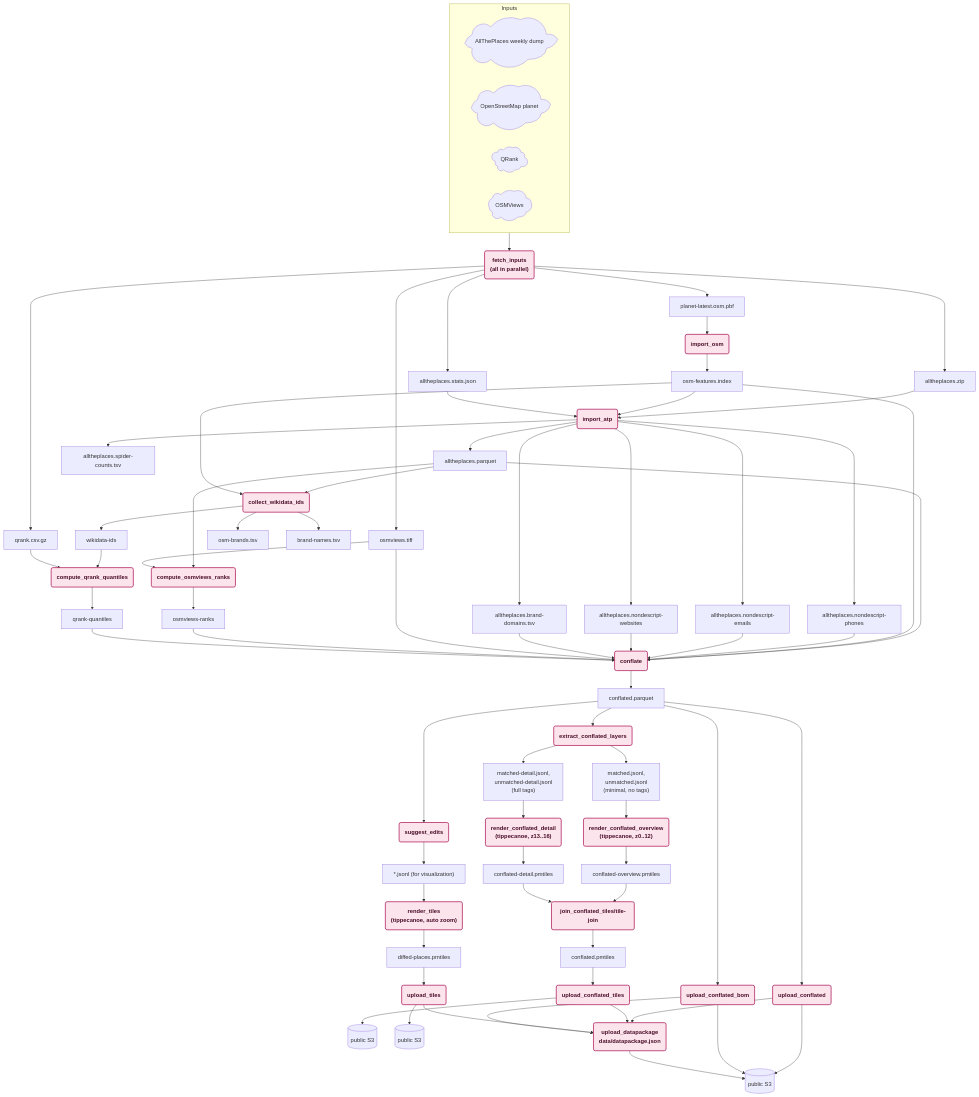
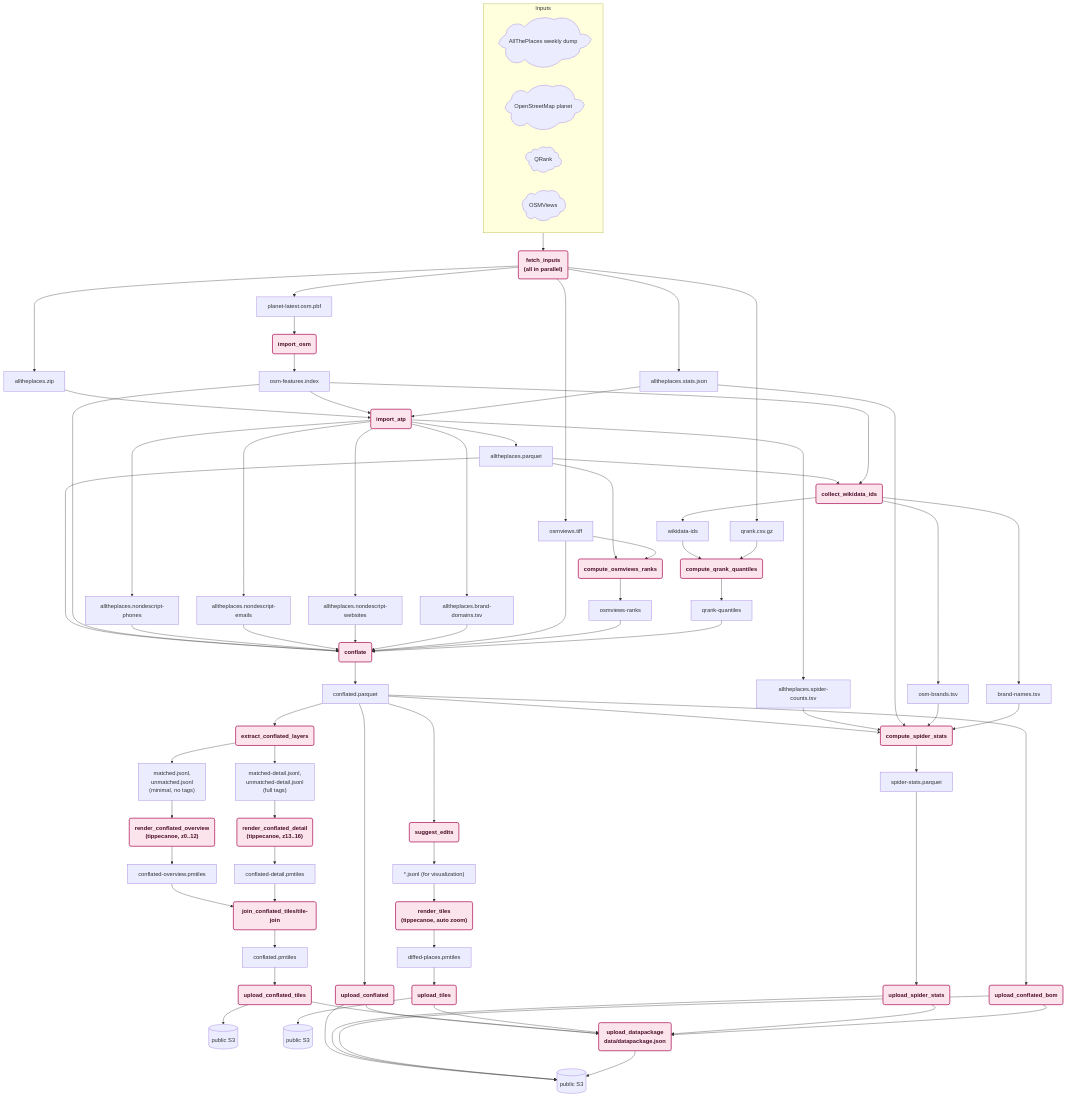
The diagram in docs/TECHNICAL_DESIGN.md (brawer/osmdiffs), drawn with Mermaid before and after one commit. The commit also changed other lines of this file and 12 other files, not shown here.

First line of the commit message:
feat(pipeline): write and publish spider-stats.parquet (#936)

````diff
--- a/docs/TECHNICAL_DESIGN.md
+++ b/docs/TECHNICAL_DESIGN.md
@@ -239,6 +239,14 @@
     JOIN_CONFLATED_TILES --> CONFLATED_PMTILES[conflated.pmtiles]
     CONFLATED_PMTILES --> UPLOAD_CONFLATED_TILES(upload_conflated_tiles) --> S3C[("public S3")]
 
+    CONFLATED --> SPIDER_STATS(compute_spider_stats)
+    SPIDER_COUNTS --> SPIDER_STATS
+    ATP_STATS --> SPIDER_STATS
+    OSM_BRANDS --> SPIDER_STATS
+    BRAND_NAMES --> SPIDER_STATS
+    SPIDER_STATS --> SPIDER_STATS_PARQUET[spider-stats.parquet]
+    SPIDER_STATS_PARQUET --> UPLOAD_SPIDER_STATS(upload_spider_stats) --> S3A
+
     CONFLATED --> SUGGEST_EDITS(suggest_edits) --> LAYERS["*.jsonl (for visualization)"]
     LAYERS --> RENDER_TILES("render_tiles<br/>(tippecanoe, auto zoom)") --> PMTILES[diffed-places.pmtiles]
     PMTILES --> UPLOAD_TILES(upload_tiles) --> S3B[("public S3")]
@@ -247,8 +255,9 @@
     UPLOAD_CONFLATED --> UPLOAD_DATAPACKAGE
     UPLOAD_CONFLATED_TILES --> UPLOAD_DATAPACKAGE
     UPLOAD_TILES --> UPLOAD_DATAPACKAGE
+    UPLOAD_SPIDER_STATS --> UPLOAD_DATAPACKAGE
     UPLOAD_BOM --> UPLOAD_DATAPACKAGE(upload_datapackage<br/>data/datapackage.json) --> S3A
 
     classDef process fill:#fce4ec,stroke:#ad1457,stroke-width:2px,color:#4a0e28,font-weight:bold;
-    class FETCH_INPUTS,IMPORT_ATP,OSMVIEWS_RANKS,COLLECT_WIKI,QRANK_QUANTILES,IMPORT_OSM,CONFLATE,UPLOAD_CONFLATED,EXTRACT_CONFLATED_LAYERS,RENDER_CONFLATED_OVERVIEW,RENDER_CONFLATED_DETAIL,JOIN_CONFLATED_TILES,UPLOAD_CONFLATED_TILES,SUGGEST_EDITS,RENDER_TILES,UPLOAD_TILES,UPLOAD_BOM,UPLOAD_DATAPACKAGE process;
+    class FETCH_INPUTS,IMPORT_ATP,OSMVIEWS_RANKS,COLLECT_WIKI,QRANK_QUANTILES,IMPORT_OSM,CONFLATE,UPLOAD_CONFLATED,EXTRACT_CONFLATED_LAYERS,RENDER_CONFLATED_OVERVIEW,RENDER_CONFLATED_DETAIL,JOIN_CONFLATED_TILES,UPLOAD_CONFLATED_TILES,SPIDER_STATS,UPLOAD_SPIDER_STATS,SUGGEST_EDITS,RENDER_TILES,UPLOAD_TILES,UPLOAD_BOM,UPLOAD_DATAPACKAGE process;
 ```
````
